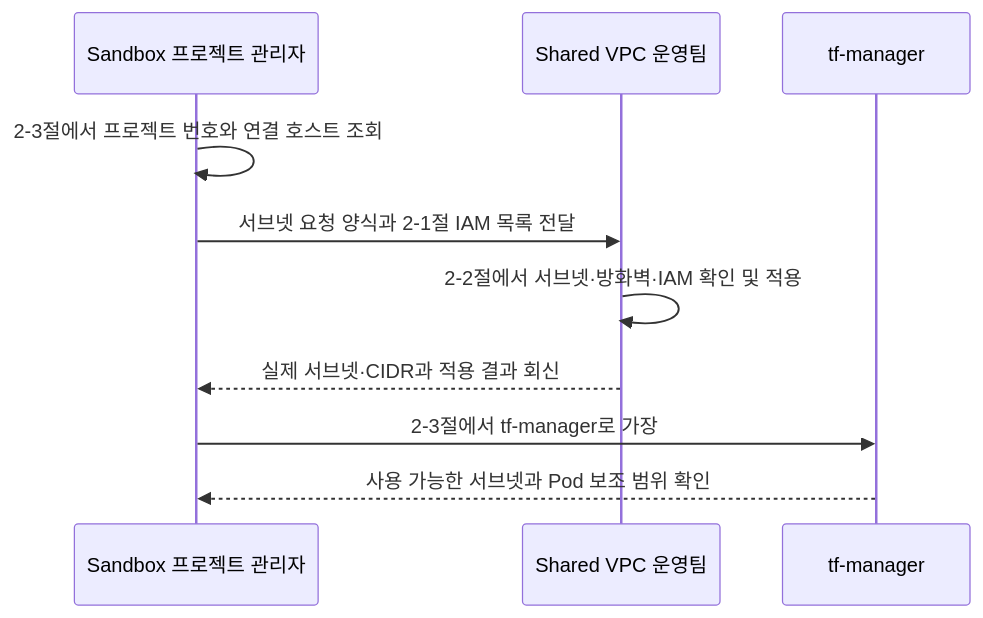
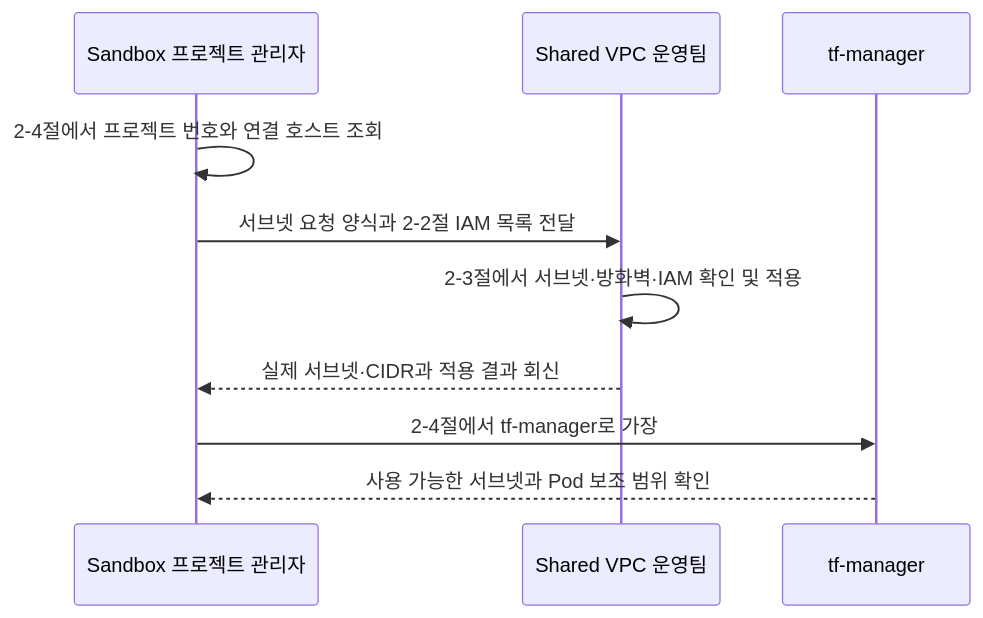
One commit to sonmap/https-github.com-sonmap-GCP_SBX_Test02 changed the second of 8 diagrams in 02.infra-setup/infra-setup-commend.md. Above: the diagram before and after it, drawn with Mermaid. The commit also changed other lines of this file, not shown here.

````diff
--- a/02.infra-setup/infra-setup-commend.md
+++ b/02.infra-setup/infra-setup-commend.md
@@ -502,12 +542,12 @@
 ```mermaid
 sequenceDiagram
     participant S as Sandbox 프로젝트 관리자
     participant V as Shared VPC 운영팀
     participant T as tf-manager
-    S->>S: 2-3절에서 프로젝트 번호와 연결 호스트 조회
-    S->>V: 서브넷 요청 양식과 2-1절 IAM 목록 전달
-    V->>V: 2-2절에서 서브넷·방화벽·IAM 확인 및 적용
+    S->>S: 2-4절에서 프로젝트 번호와 연결 호스트 조회
+    S->>V: 서브넷 요청 양식과 2-2절 IAM 목록 전달
+    V->>V: 2-3절에서 서브넷·방화벽·IAM 확인 및 적용
     V-->>S: 실제 서브넷·CIDR과 적용 결과 회신
-    S->>T: 2-3절에서 tf-manager로 가장
+    S->>T: 2-4절에서 tf-manager로 가장
     T-->>S: 사용 가능한 서브넷과 Pod 보조 범위 확인
 ```
````
